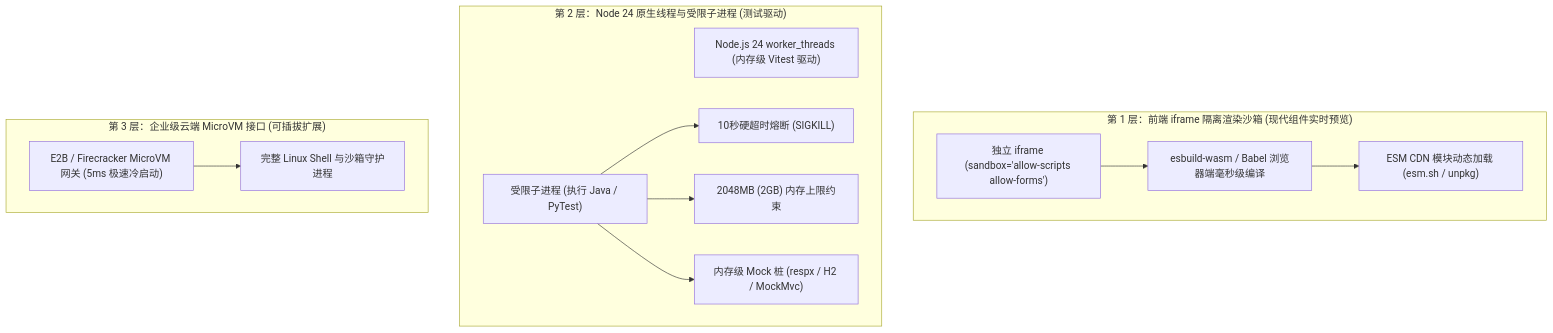
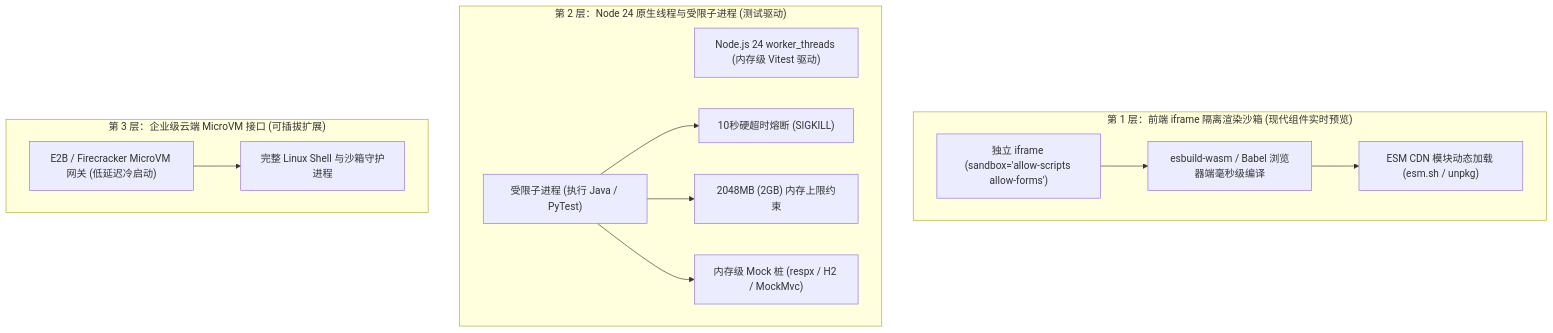
One commit to SakuraCianna/LegacyCodeModernizer changed the fourth of 6 diagrams in docs/zh/architecture.md. Above: the diagram before and after it, drawn with Mermaid. The commit also changed other lines of this file and 11 other files, not shown here.

````diff
--- a/docs/zh/architecture.md
+++ b/docs/zh/architecture.md
@@ -183,27 +183,27 @@
 ```mermaid
 graph TD
     subgraph Tier1_Client ["第 1 层：前端 iframe 隔离渲染沙箱 (现代组件实时预览)"]
         Iframe["独立 iframe (sandbox='allow-scripts allow-forms')"]
         EsbuildWasm["esbuild-wasm / Babel 浏览器端毫秒级编译"]
         EsmCDN["ESM CDN 模块动态加载 (esm.sh / unpkg)"]
         Iframe --> EsbuildWasm
         EsbuildWasm --> EsmCDN
     end
 
     subgraph Tier2_Backend ["第 2 层：Node 24 原生线程与受限子进程 (测试驱动)"]
         NodeWorkers["Node.js 24 worker_threads (内存级 Vitest 驱动)"]
         GuardedProcess["受限子进程 (执行 Java / PyTest)"]
         TimeoutGuard["10秒硬超时熔断 (SIGKILL)"]
         MemoryCap["2048MB (2GB) 内存上限约束"]
         MockStubs["内存级 Mock 桩 (respx / H2 / MockMvc)"]
         GuardedProcess --> TimeoutGuard
         GuardedProcess --> MemoryCap
         GuardedProcess --> MockStubs
     end
 
     subgraph Tier3_Enterprise ["第 3 层：企业级云端 MicroVM 接口 (可插拔扩展)"]
-        E2B_Adapter["E2B / Firecracker MicroVM 网关 (5ms 极速冷启动)"]
+        E2B_Adapter["E2B / Firecracker MicroVM 网关 (低延迟冷启动)"]
         FullCLI["完整 Linux Shell 与沙箱守护进程"]
         E2B_Adapter --> FullCLI
     end
 ```
````
